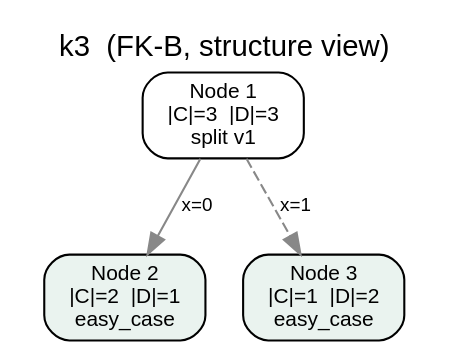
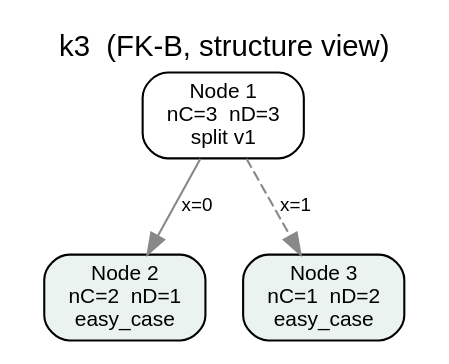
One commit to symonyeal/Hypergraph-Dualization changed the diagram in results/k3.fk-b.faithful.dot. Above: the diagram before and after it, drawn with Graphviz. The commit also changed 203 other files, not shown here.

```diff
--- a/results/k3.fk-b.faithful.dot
+++ b/results/k3.fk-b.faithful.dot
@@ -1,11 +1,11 @@
 digraph FKB {
   rankdir=TB;
   graph [fontname="Helvetica", labelloc="t", label="k3  (FK-B, structure view)"];
   node [shape=box, style="rounded,filled", fillcolor="#ffffff", fontname="Helvetica", fontsize=10];
   edge [fontname="Helvetica", fontsize=9, color="#888888"];
-  n1 [label="Node 1\n|C|=3  |D|=3\nsplit v1", fillcolor="#ffffff"];
-  n2 [label="Node 2\n|C|=2  |D|=1\neasy_case", fillcolor="#eaf3ef"];
-  n3 [label="Node 3\n|C|=1  |D|=2\neasy_case", fillcolor="#eaf3ef"];
+  n1 [label="Node 1\nnC=3  nD=3\nsplit v1", fillcolor="#ffffff"];
+  n2 [label="Node 2\nnC=2  nD=1\neasy_case", fillcolor="#eaf3ef"];
+  n3 [label="Node 3\nnC=1  nD=2\neasy_case", fillcolor="#eaf3ef"];
   n1 -> n2 [label="x=0", style=solid];
   n1 -> n3 [label="x=1", style=dashed];
 }
```
